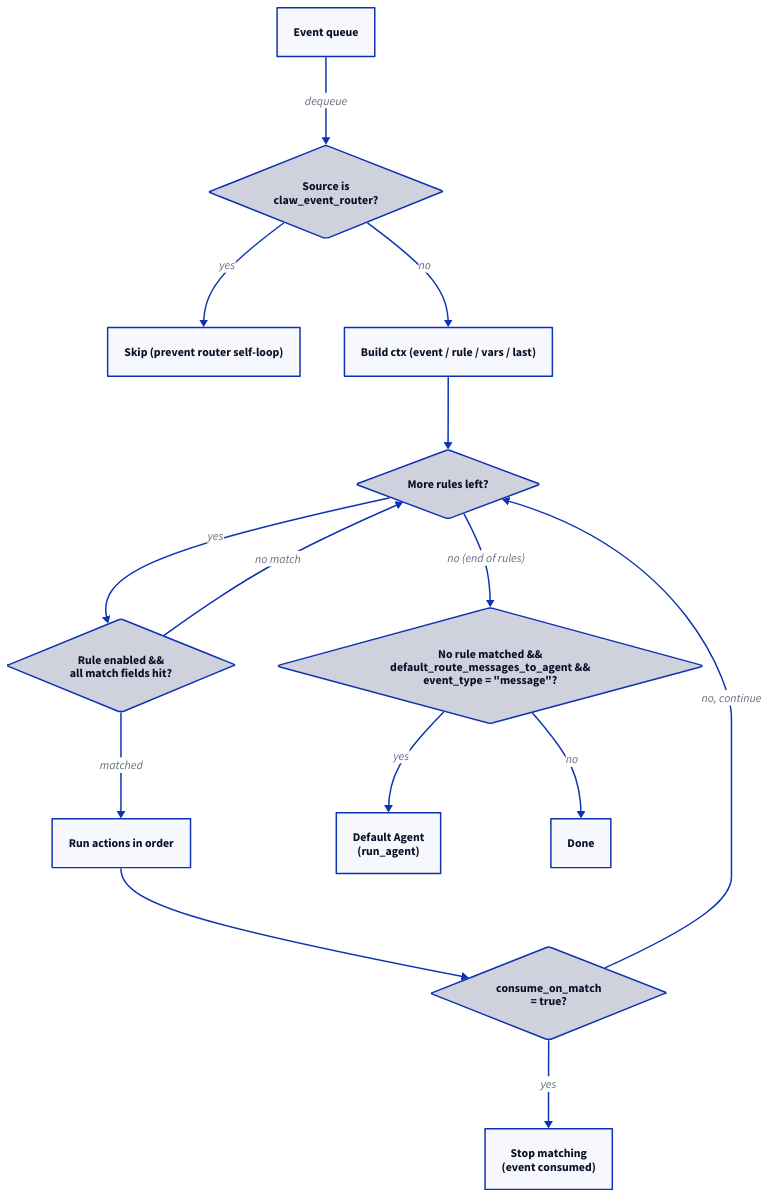
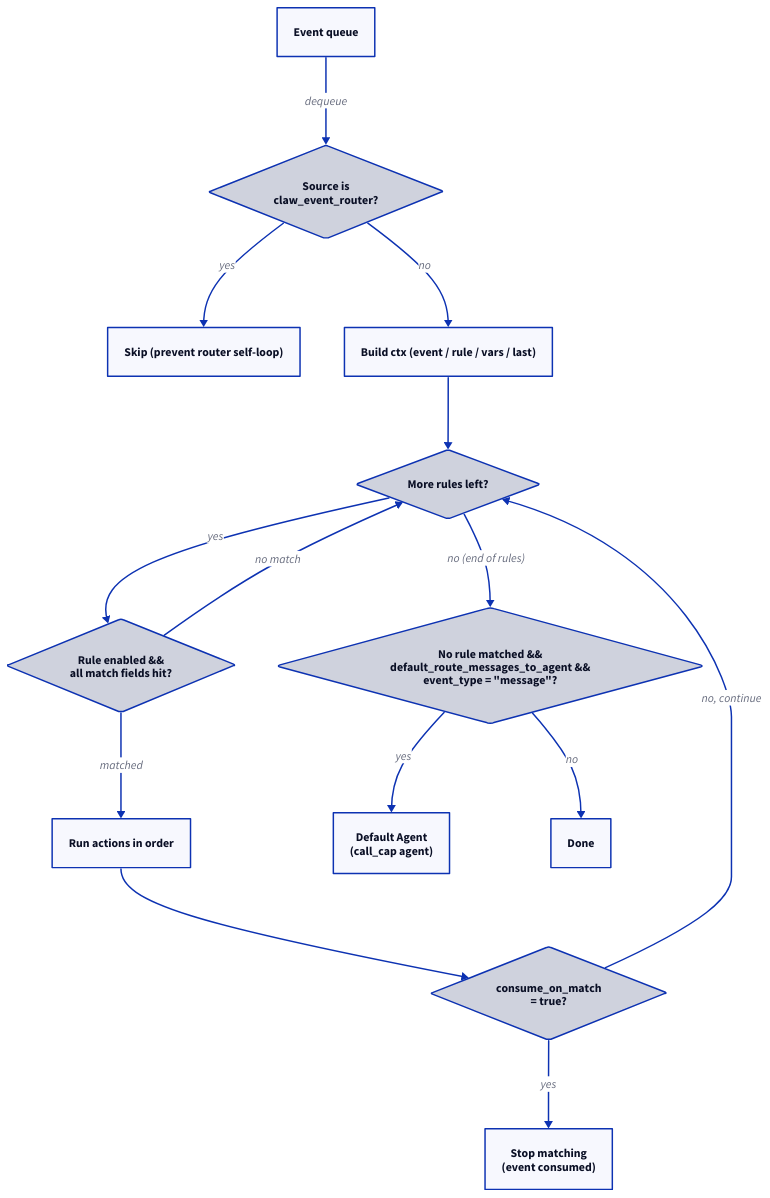
One commit to Asfixious/esp-claw changed the diagram in docs/src/content/docs/en/reference-project/dataflow-and-automation.mdx. Above: the diagram before and after it, drawn with D2. The commit also changed other lines of this file and 16 other files, not shown here.

````diff
--- a/docs/src/content/docs/en/reference-project/dataflow-and-automation.mdx
+++ b/docs/src/content/docs/en/reference-project/dataflow-and-automation.mdx
@@ -100,45 +118,45 @@
 ```d2
 direction: down
 
 queue: "Event queue"
 guard: {
   label: "Source is\nclaw_event_router?"
   shape: diamond
 }
 skip: "Skip (prevent router self-loop)"
 init_ctx: "Build ctx (event / rule / vars / last)"
 has_more: {
   label: "More rules left?"
   shape: diamond
 }
 match_check: {
   label: "Rule enabled &&\nall match fields hit?"
   shape: diamond
 }
 exec_actions: "Run actions in order"
 consume_check: {
   label: "consume_on_match\n= true?"
   shape: diamond
 }
 stop: "Stop matching\n(event consumed)"
 fallback_check: {
   label: "No rule matched &&\ndefault_route_messages_to_agent &&\nevent_type = \"message\"?"
   shape: diamond
 }
-run_default: "Default Agent\n(run_agent)"
+run_default: "Default Agent\n(call_cap agent)"
 done: "Done"
 
 queue -> guard: "dequeue"
 guard -> skip: "yes"
 guard -> init_ctx: "no"
 init_ctx -> has_more
 has_more -> match_check: "yes"
 has_more -> fallback_check: "no (end of rules)"
 match_check -> exec_actions: "matched"
 match_check -> has_more: "no match"
 exec_actions -> consume_check
 consume_check -> stop: "yes"
 consume_check -> has_more: "no, continue"
 fallback_check -> run_default: "yes"
 fallback_check -> done: "no"
 ```
````
